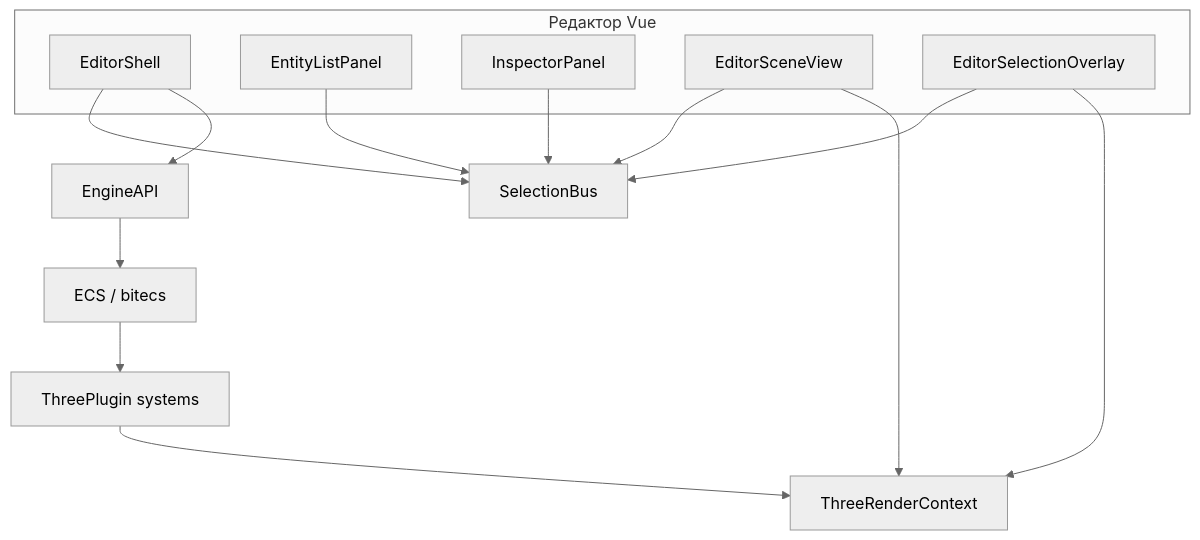
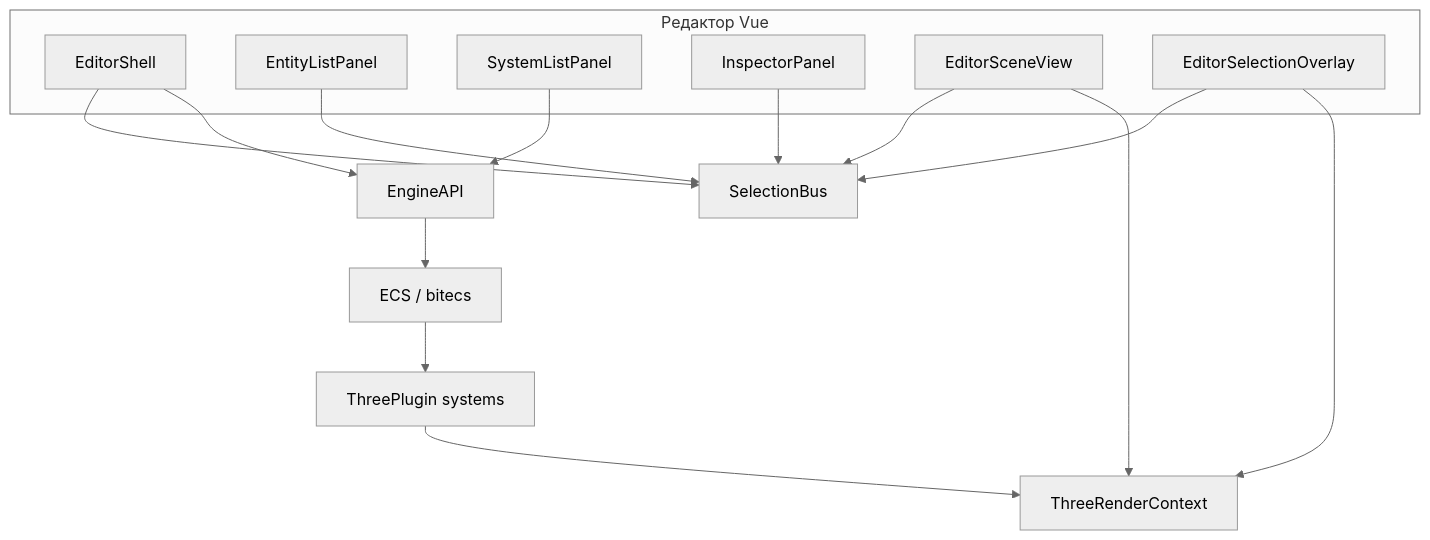
Before and after one commit to sasha-kontsevich/helios: the diagram in docs/architecture.md, drawn with Mermaid (neutral theme). The commit also changed other lines of this file and 3 other files, not shown here.

````diff
--- a/docs/architecture.md
+++ b/docs/architecture.md
@@ -97,22 +100,24 @@
 ```mermaid
 flowchart TB
   subgraph ui [Редактор Vue]
     Shell[EditorShell]
     List[EntityListPanel]
+    SysList[SystemListPanel]
     Insp[InspectorPanel]
     View[EditorSceneView]
     Overlay[EditorSelectionOverlay]
   end
   Bus[SelectionBus]
   Shell --> Bus
   List --> Bus
   Insp --> Bus
   View --> Bus
   Overlay --> Bus
   Shell --> API[EngineAPI]
+  SysList --> API
   API --> ECS[ECS / bitecs]
   ECS --> Three[ThreePlugin systems]
   Three --> RC[ThreeRenderContext]
   View --> RC
   Overlay --> RC
 ```
````
